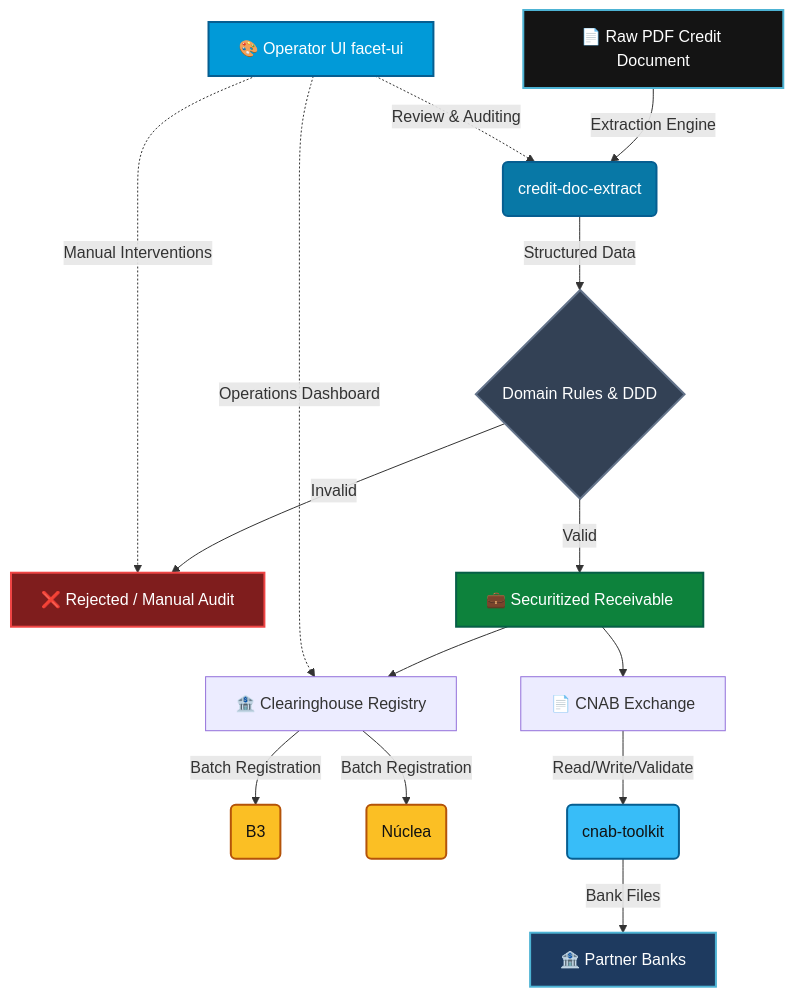
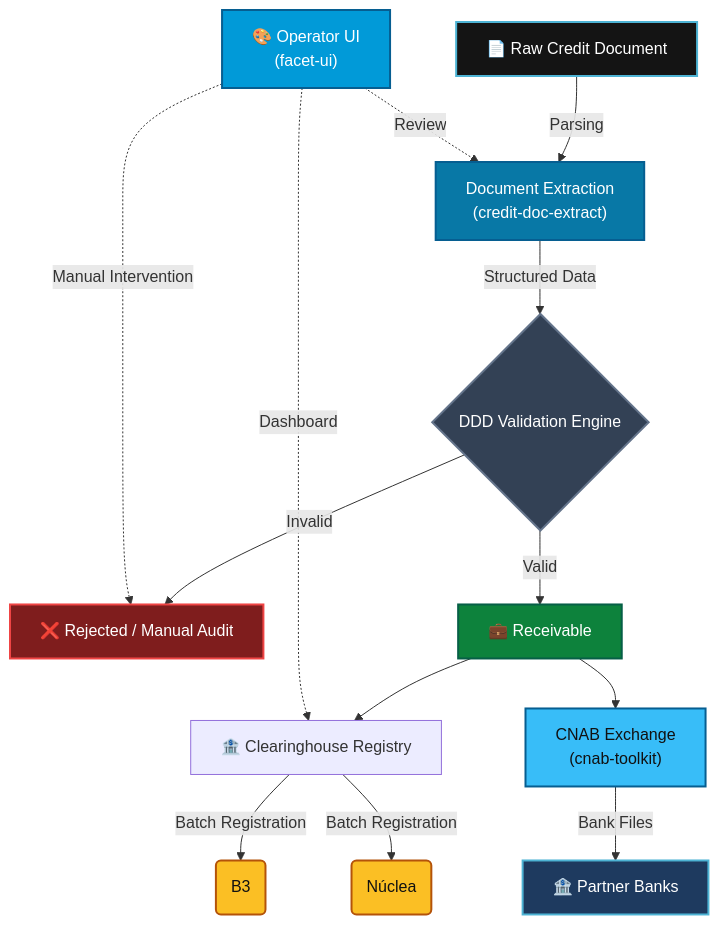
Before and after one commit to carlosvoliv/carlosvoliv: the diagram in README.md, drawn with Mermaid.

Commit message:
README: mermaid separa dominio de implementacao, Receivable em vez de Securitized Receivable

````diff
--- a/README.md
+++ b/README.md
@@ -38,29 +38,28 @@
 ```mermaid
 graph TD
-    A[📄 Raw PDF Credit Document] -->|Extraction Engine| B(credit-doc-extract)
-    B -->|Structured Data| C{Domain Rules & DDD}
+    A[📄 Raw Credit Document] -->|Parsing| B["Document Extraction<br/>(credit-doc-extract)"]
+    B -->|Structured Data| C{DDD Validation Engine}
     C -->|Invalid| D[❌ Rejected / Manual Audit]
-    C -->|Valid| E[💼 Securitized Receivable]
+    C -->|Valid| E[💼 Receivable]
     E --> F[🏦 Clearinghouse Registry]
     F -->|Batch Registration| F1(B3)
     F -->|Batch Registration| F2(Núclea)
-    E --> G[📄 CNAB Exchange]
-    G -->|Read/Write/Validate| G1(cnab-toolkit)
-    G1 -->|Bank Files| H[🏦 Partner Banks]
-    
+    E --> G["CNAB Exchange<br/>(cnab-toolkit)"]
+    G -->|Bank Files| H[🏦 Partner Banks]
+
     %% UI Layer
-    I[🎨 Operator UI facet-ui] -.->|Review & Auditing| B
-    I -.->|Operations Dashboard| F
-    I -.->|Manual Interventions| D
+    I["🎨 Operator UI<br/>(facet-ui)"] -.->|Review| B
+    I -.->|Dashboard| F
+    I -.->|Manual Intervention| D
 
     style A fill:#141414,stroke:#4db3d4,stroke-width:2px,color:#fff
     style B fill:#0878A6,stroke:#065e91,stroke-width:2px,color:#fff
     style C fill:#334155,stroke:#64748b,stroke-width:2px,color:#fff
     style D fill:#7f1d1d,stroke:#ef4444,stroke-width:2px,color:#fff
     style E fill:#0d823c,stroke:#065f46,stroke-width:2px,color:#fff
     style I fill:#019ad8,stroke:#065e91,stroke-width:2px,color:#fff
     style F1 fill:#fbbf24,stroke:#b45309,stroke-width:2px,color:#111
     style F2 fill:#fbbf24,stroke:#b45309,stroke-width:2px,color:#111
-    style G1 fill:#38bdf8,stroke:#065e91,stroke-width:2px,color:#111
+    style G fill:#38bdf8,stroke:#065e91,stroke-width:2px,color:#111
     style H fill:#1e3a5f,stroke:#4db3d4,stroke-width:2px,color:#fff
 ```
````
